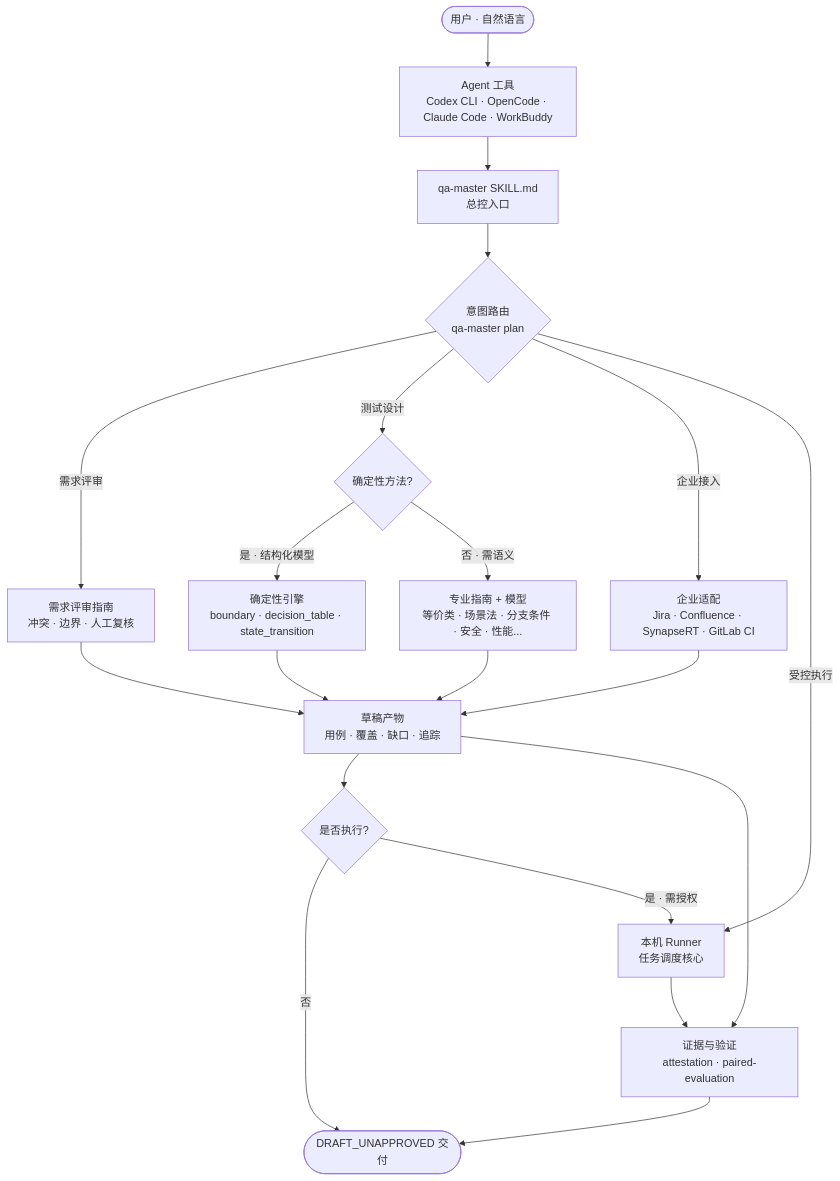
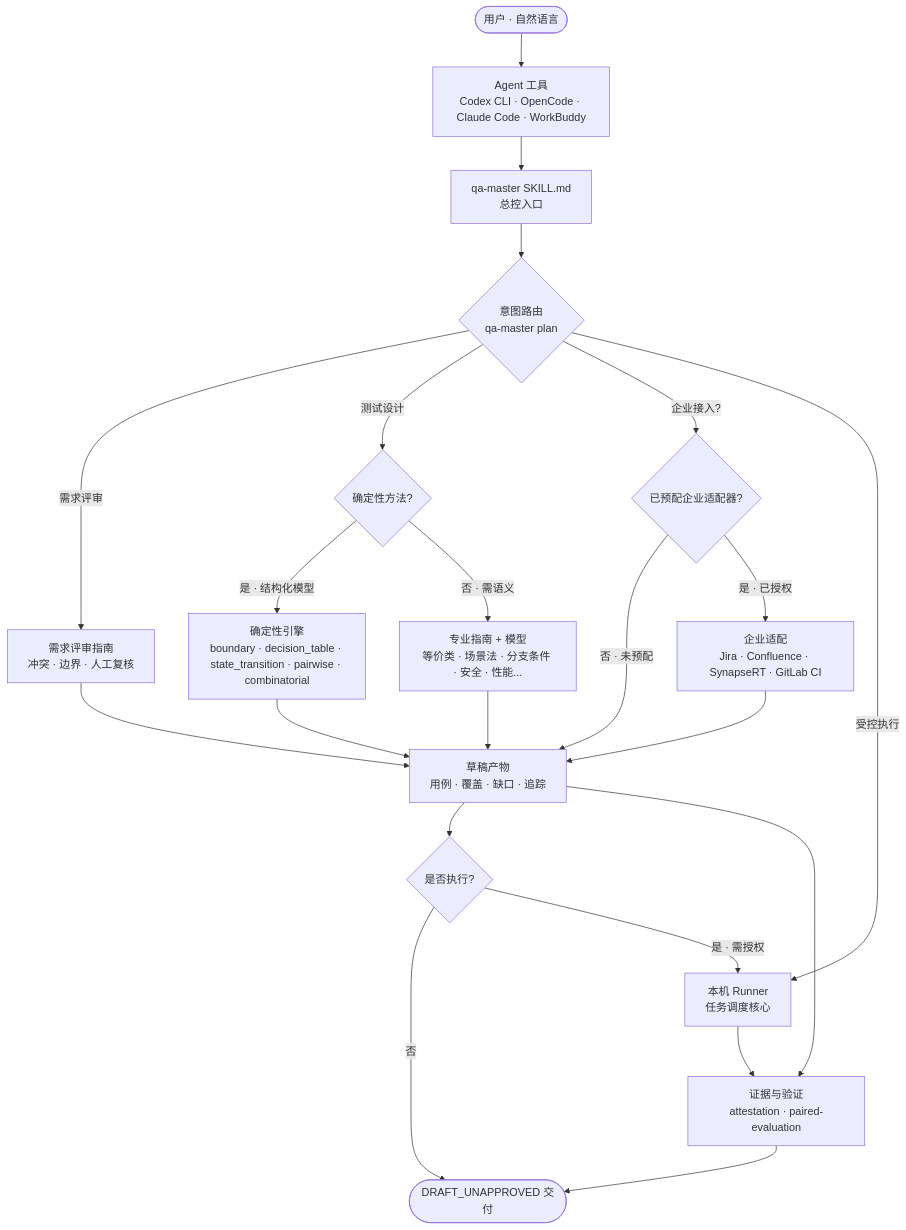
Before and after one commit to leongibhub/QA-Master-Skill: the diagram in README.md, drawn with Mermaid. The commit also changed other lines of this file and 1 other file, not shown here.

Commit message:
docs: mark pairwise/combinatorial native; reframe enterprise integration as opt-in

````diff
--- a/README.md
+++ b/README.md
@@ -146,22 +148,24 @@
 ```mermaid
 flowchart TD
     A([用户 · 自然语言]) --> B[Agent 工具<br/>Codex CLI · OpenCode · Claude Code · WorkBuddy]
     B --> C[qa-master SKILL.md<br/>总控入口]
     C --> D{意图路由<br/>qa-master plan}
     D -->|需求评审| E[需求评审指南<br/>冲突 · 边界 · 人工复核]
     D -->|测试设计| F{确定性方法?}
-    D -->|企业接入| G[企业适配<br/>Jira · Confluence · SynapseRT · GitLab CI]
+    D -->|企业接入?| G{已预配企业适配器?}
     D -->|受控执行| H[本机 Runner<br/>任务调度核心]
-    F -->|是 · 结构化模型| I[确定性引擎<br/>boundary · decision_table · state_transition]
+    F -->|是 · 结构化模型| I[确定性引擎<br/>boundary · decision_table · state_transition · pairwise · combinatorial]
     F -->|否 · 需语义| J[专业指南 + 模型<br/>等价类 · 场景法 · 分支条件 · 安全 · 性能...]
-    E --> K[草稿产物<br/>用例 · 覆盖 · 缺口 · 追踪]
+    G -->|否 · 未预配| K[草稿产物<br/>用例 · 覆盖 · 缺口 · 追踪]
+    G -->|是 · 已授权| G2[企业适配<br/>Jira · Confluence · SynapseRT · GitLab CI]
+    E --> K
     I --> K
     J --> K
-    G --> K
+    G2 --> K
     K --> L{是否执行?}
     L -->|否| M([DRAFT_UNAPPROVED 交付])
     L -->|是 · 需授权| H
     H --> N[证据与验证<br/>attestation · paired-evaluation]
     K --> N
     N --> M
 ```
````
